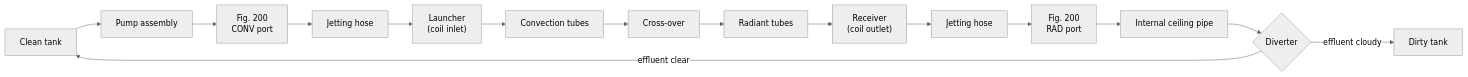
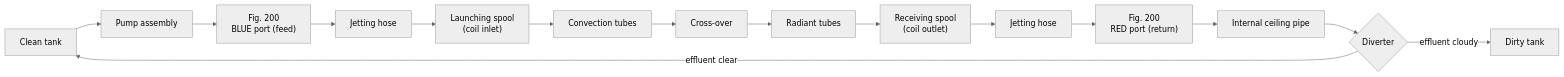
One commit to TheSkinz/obsidian-work changed the first of 2 diagrams in 04-knowledge/manual/09-phase-ii-mechanical-decoking.md. Above: the diagram before and after it, drawn with Mermaid (neutral theme). The commit also changed other lines of this file and 13 other files, not shown here.

First line of the commit message:
[Lane 4] CONV/RAD are heater sections, not port names; kill the fixed loop end

````diff
--- a/04-knowledge/manual/09-phase-ii-mechanical-decoking.md
+++ b/04-knowledge/manual/09-phase-ii-mechanical-decoking.md
@@ -13,17 +13,17 @@
 ```mermaid
 flowchart LR
     CT["Clean tank"] --> P["Pump assembly"]
-    P --> FC["Fig. 200<br/>CONV port"]
+    P --> FC["Fig. 200<br/>BLUE port (feed)"]
     FC --> H1["Jetting hose"]
-    H1 --> L["Launcher<br/>(coil inlet)"]
+    H1 --> L["Launching spool<br/>(coil inlet)"]
     L --> C["Convection tubes"]
     C --> X["Cross-over"]
     X --> R["Radiant tubes"]
-    R --> RC["Receiver<br/>(coil outlet)"]
+    R --> RC["Receiving spool<br/>(coil outlet)"]
     RC --> H2["Jetting hose"]
-    H2 --> FR["Fig. 200<br/>RAD port"]
+    H2 --> FR["Fig. 200<br/>RED port (return)"]
     FR --> CP["Internal ceiling pipe"]
     CP --> D{"Diverter"}
     D -->|"effluent clear"| CT
     D -->|"effluent cloudy"| DT["Dirty tank"]
 ```
````
